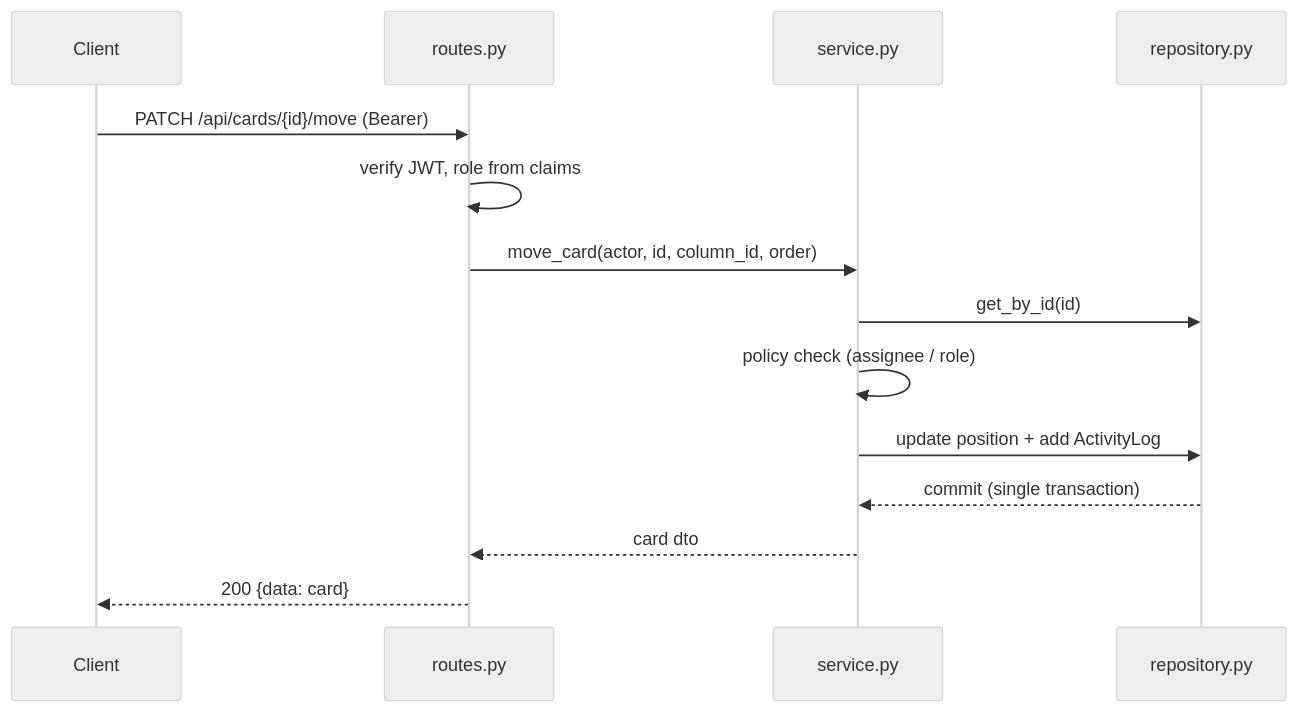
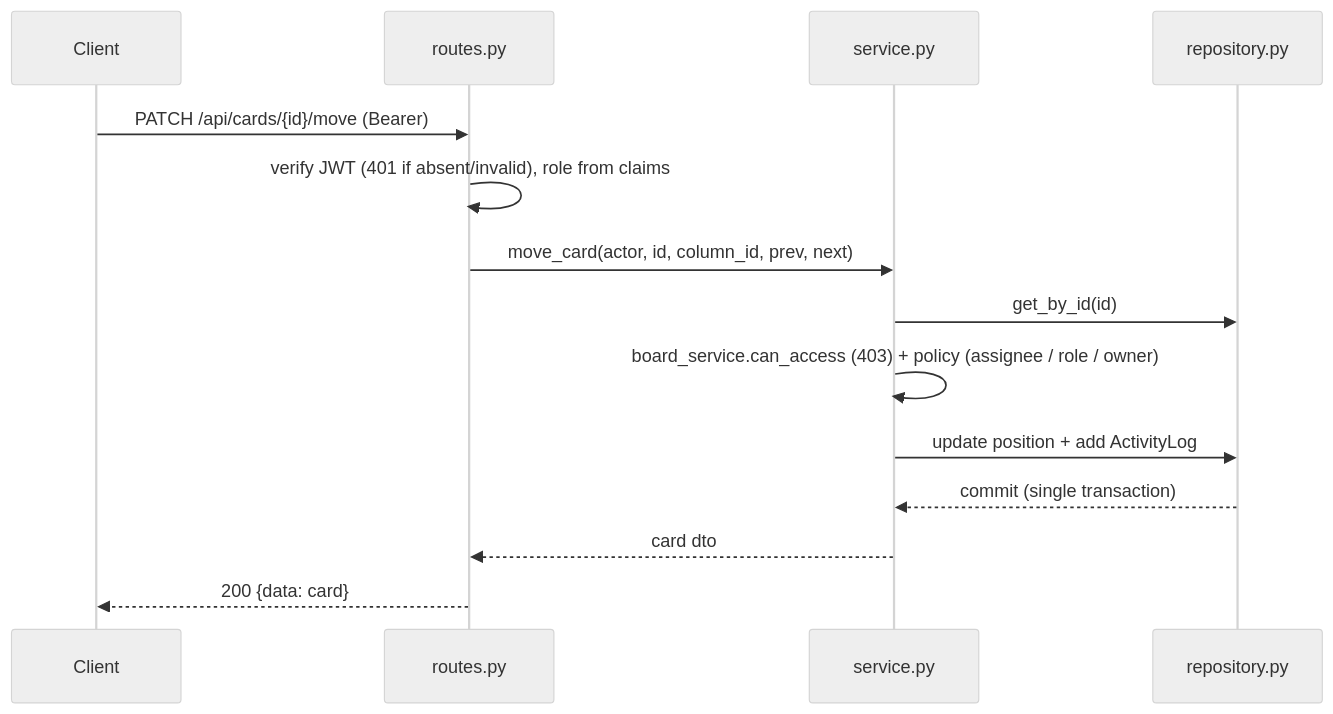
The second of 3 diagrams in .kiro/specs/design.md (MuhammadIsmailHasan/module-4-MuhammadIsmailHasan), drawn with Mermaid (neutral theme) before and after one commit. The commit also changed other lines of this file and 41 other files, not shown here.

````diff
--- a/.kiro/specs/design.md
+++ b/.kiro/specs/design.md
@@ -99,16 +109,16 @@
 ```mermaid
 sequenceDiagram
   participant C as Client
   participant R as routes.py
   participant S as service.py
   participant P as repository.py
   C->>R: PATCH /api/cards/{id}/move (Bearer)
-  R->>R: verify JWT, role from claims
-  R->>S: move_card(actor, id, column_id, order)
+  R->>R: verify JWT (401 if absent/invalid), role from claims
+  R->>S: move_card(actor, id, column_id, prev, next)
   S->>P: get_by_id(id)
-  S->>S: policy check (assignee / role)
+  S->>S: board_service.can_access (403) + policy (assignee / role / owner)
   S->>P: update position + add ActivityLog
   P-->>S: commit (single transaction)
   S-->>R: card dto
   R-->>C: 200 {data: card}
 ```
````
